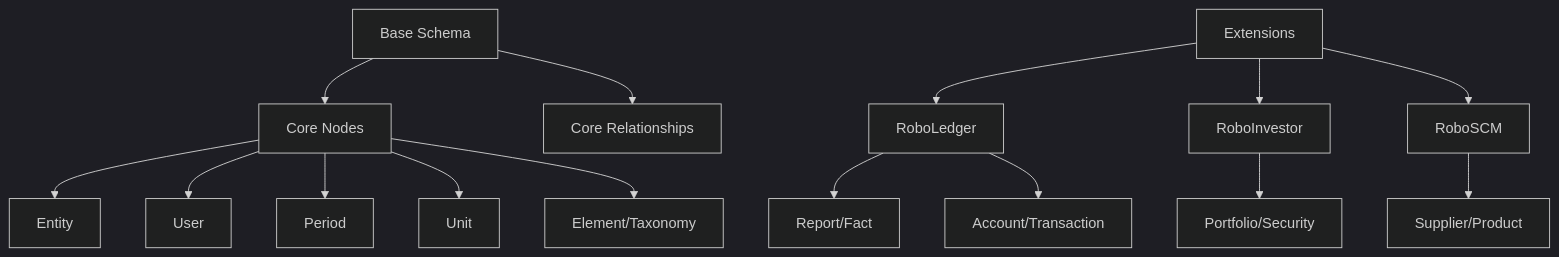
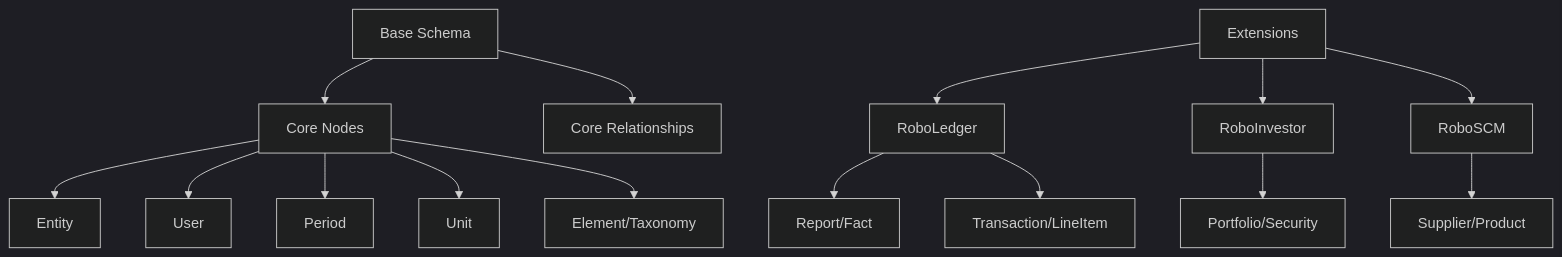
One commit to RoboFinSystems/robosystems changed the diagram in robosystems/schemas/README.md. Above: the diagram before and after it, drawn with Mermaid (dark theme). The commit also changed other lines of this file and 6 other files, not shown here.

Commit message:
Refactor graph schema and documentation to remove Account and Disclosure nodes, update relationships, and correct node counts in descriptions. Enhance README and schema files for clarity on accounting features.

````diff
--- a/robosystems/schemas/README.md
+++ b/robosystems/schemas/README.md
@@ -41,19 +41,19 @@
 ```mermaid
 graph TD
     A[Base Schema] --> B[Core Nodes]
     A --> C[Core Relationships]
     B --> D[Entity]
     B --> E[User]
     B --> F[Period]
     B --> G[Unit]
     B --> H[Element/Taxonomy]
 
     I[Extensions] --> J[RoboLedger]
     I --> K[RoboInvestor]
     I --> L[RoboSCM]
 
     J --> M[Report/Fact]
-    J --> N[Account/Transaction]
+    J --> N[Transaction/LineItem]
     K --> O[Portfolio/Security]
     L --> P[Supplier/Product]
 ```
````
